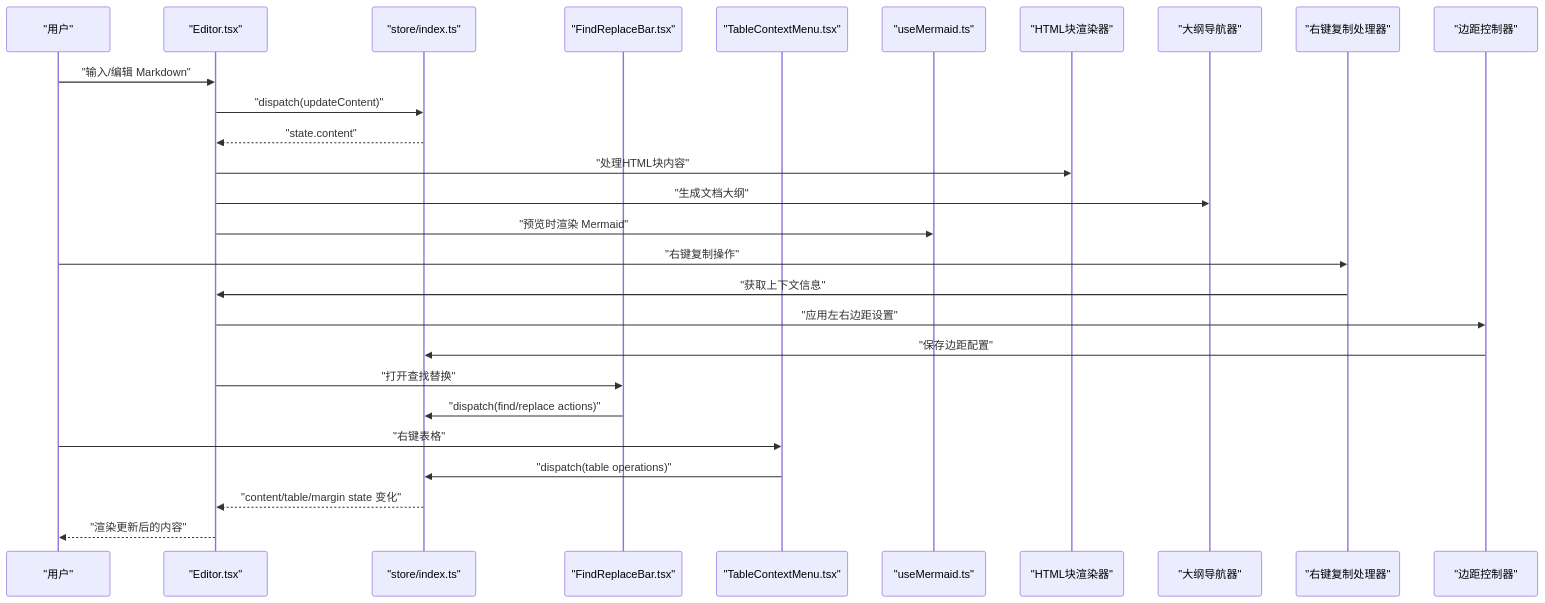
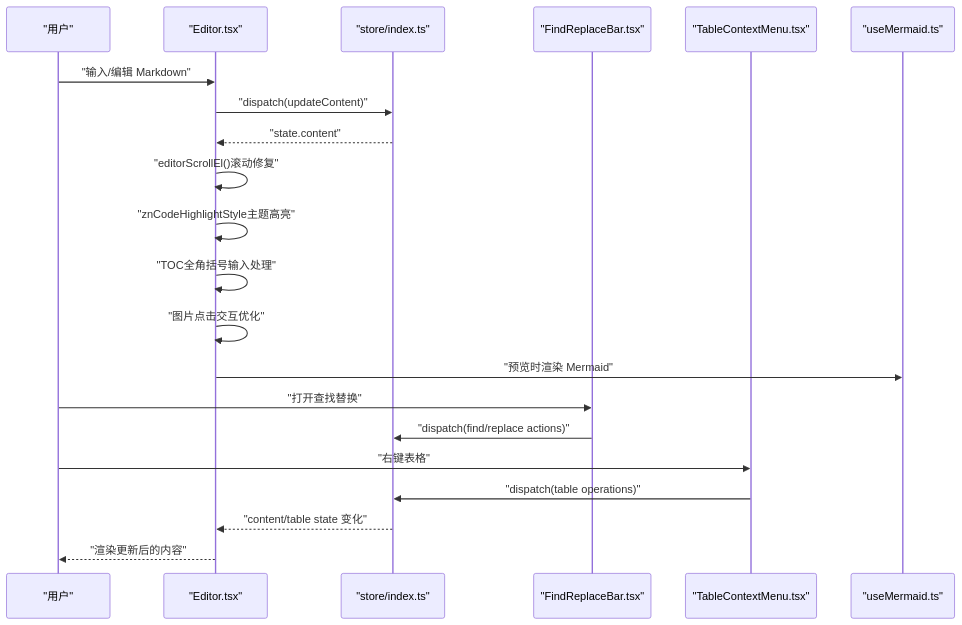
One commit to gongshiyun/ZenNote changed the second of 7 diagrams in .qoder/repowiki/zh/content/核心组件/编辑器组件.md. Above: the diagram before and after it, drawn with Mermaid. The commit also changed other lines of this file and 88 other files, not shown here.

````diff
--- a/.qoder/repowiki/zh/content/核心组件/编辑器组件.md
+++ b/.qoder/repowiki/zh/content/核心组件/编辑器组件.md
@@ -137,29 +117,23 @@
 ```mermaid
 sequenceDiagram
 participant U as "用户"
 participant E as "Editor.tsx"
 participant S as "store/index.ts"
 participant F as "FindReplaceBar.tsx"
 participant T as "TableContextMenu.tsx"
 participant M as "useMermaid.ts"
-participant H as "HTML块渲染器"
-participant O as "大纲导航器"
-participant R as "右键复制处理器"
-participant MC as "边距控制器"
 U->>E : "输入/编辑 Markdown"
 E->>S : "dispatch(updateContent)"
 S-->>E : "state.content"
-E->>H : "处理HTML块内容"
-E->>O : "生成文档大纲"
+E->>E : "editorScrollEl()滚动修复"
+E->>E : "znCodeHighlightStyle主题高亮"
+E->>E : "TOC全角括号输入处理"
+E->>E : "图片点击交互优化"
 E->>M : "预览时渲染 Mermaid"
-U->>R : "右键复制操作"
-R->>E : "获取上下文信息"
-E->>MC : "应用左右边距设置"
-MC->>S : "保存边距配置"
-E->>F : "打开查找替换"
+U->>F : "打开查找替换"
 F->>S : "dispatch(find/replace actions)"
 U->>T : "右键表格"
 T->>S : "dispatch(table operations)"
-S-->>E : "content/table/margin state 变化"
+S-->>E : "content/table state 变化"
 E-->>U : "渲染更新后的内容"
 ```
````
